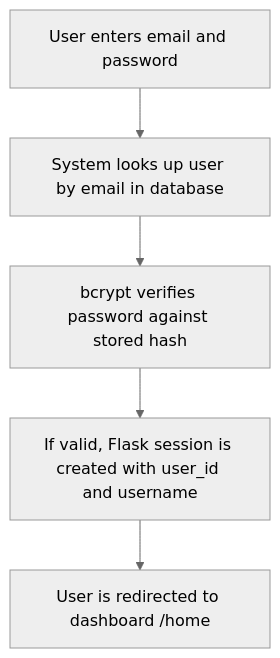
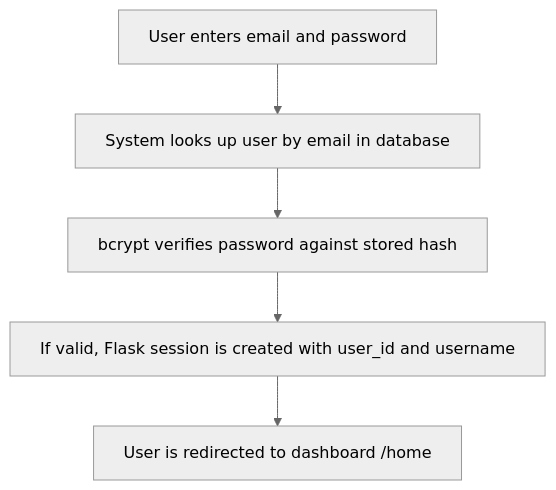
Before and after one commit to chaitanyasaiyerra/Musuem-chatbot: the third of 15 diagrams in STEP_BY_STEP_GUIDE.md, drawn with Mermaid (neutral theme). The commit also changed other lines of this file and 1 other file, not shown here.

Commit message:
docs: replace spaces with nbsp in mermaid diagrams to force single-line rendering

````diff
--- a/STEP_BY_STEP_GUIDE.md
+++ b/STEP_BY_STEP_GUIDE.md
@@ -50,7 +50,7 @@
 ```mermaid
 graph TD
-    A["User enters email and password"] --> B["System looks up user by email in database"]
-    B --> C["bcrypt verifies password against stored hash"]
-    C --> D["If valid, Flask session is created with user_id and username"]
-    D --> E["User is redirected to dashboard /home"]
+    A["User&nbsp;enters&nbsp;email&nbsp;and&nbsp;password"] --> B["System&nbsp;looks&nbsp;up&nbsp;user&nbsp;by&nbsp;email&nbsp;in&nbsp;database"]
+    B --> C["bcrypt&nbsp;verifies&nbsp;password&nbsp;against&nbsp;stored&nbsp;hash"]
+    C --> D["If&nbsp;valid,&nbsp;Flask&nbsp;session&nbsp;is&nbsp;created&nbsp;with&nbsp;user_id&nbsp;and&nbsp;username"]
+    D --> E["User&nbsp;is&nbsp;redirected&nbsp;to&nbsp;dashboard&nbsp;/home"]
 ```
````
